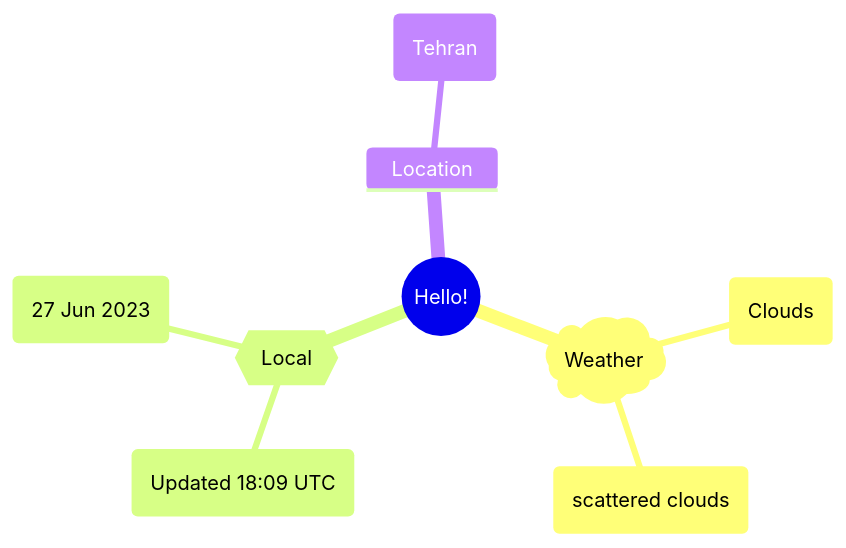
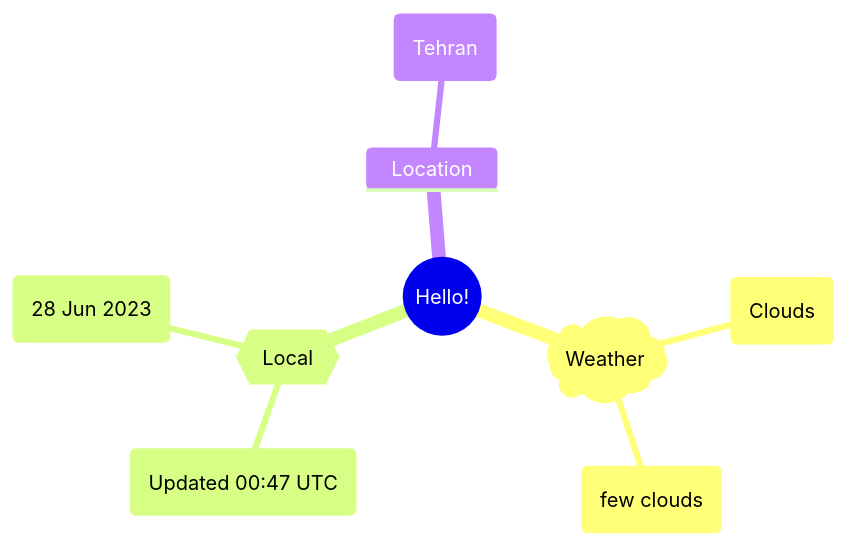
One commit to Xosrov/Xosrov changed the first of 2 diagrams in README.md. Above: the diagram before and after it, drawn with Mermaid.

Commit message:
[bot] updated images

````diff
--- a/README.md
+++ b/README.md
@@ -3,12 +3,12 @@
 ```mermaid
 mindmap
   root((Hello!))
     )Weather(
         (Clouds)
-        (scattered clouds)
+        (few clouds)
     {{Local}}
-        (Updated 18:09 UTC)
-        (27 Jun 2023)
+        (Updated 00:47 UTC)
+        (28 Jun 2023)
     Location
         (Tehran)
 ```
````
